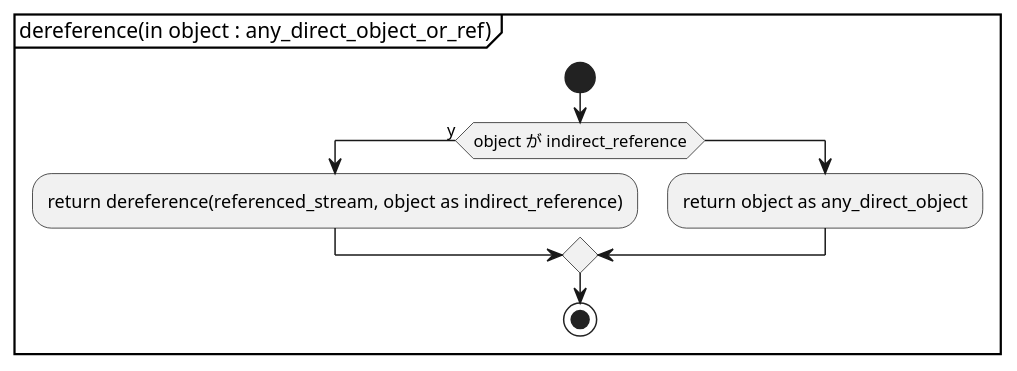
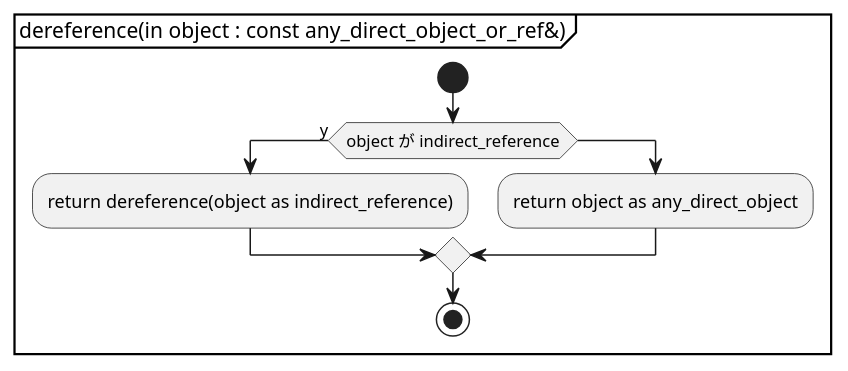
The third of 4 diagrams in document/object_pool.activity.pu (KodaiYM/PDFReader), drawn with PlantUML before and after one commit. The commit also changed other lines of this file and 3 other files, not shown here.

```diff
--- a/document/object_pool.activity.pu
+++ b/document/object_pool.activity.pu
@@ -18,11 +18,11 @@
 @startuml dereference of any
-partition "dereference(in object : any_direct_object_or_ref)" {
+partition "dereference(in object : const any_direct_object_or_ref&)" {
 start
 	if (object が indirect_reference) then (y)
-		:return dereference(referenced_stream, object as indirect_reference);
+		:return dereference(object as indirect_reference);
 	else
 		:return object as any_direct_object;
 	endif
 stop
 }
 @enduml
```
